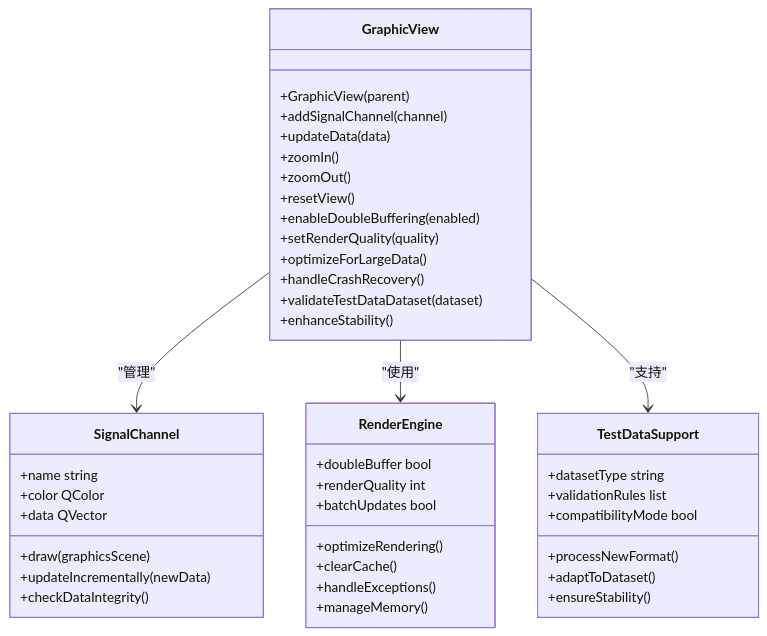
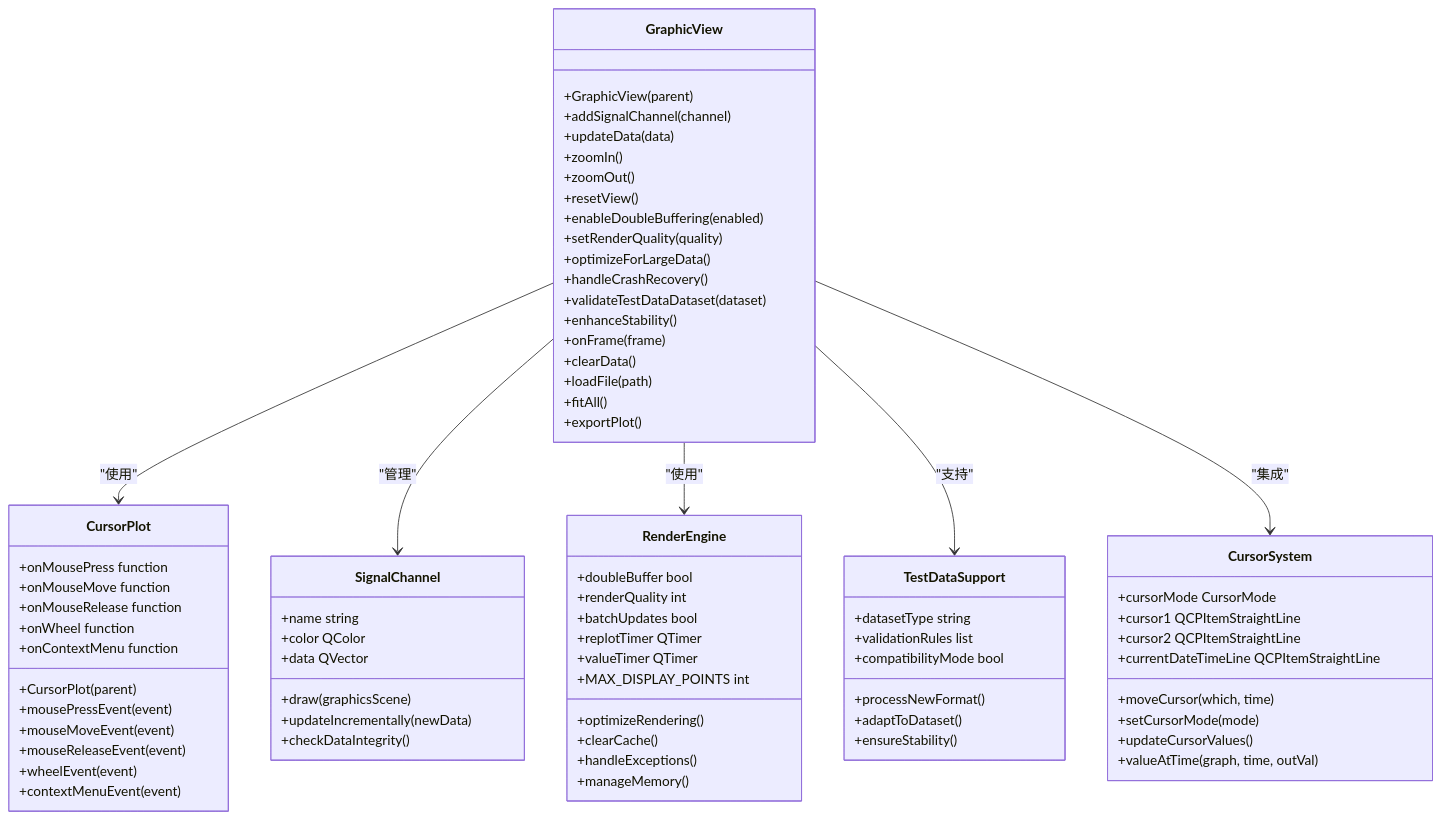
The seventh of 23 diagrams in .qoder/repowiki/zh/content/架构设计/UI系统设计/UI系统设计.md (jakecai1225-design/OpenBus), drawn with Mermaid before and after one commit. The commit also changed other lines of this file and 71 other files, not shown here.

Commit message:
graphic trace

````diff
--- a/.qoder/repowiki/zh/content/架构设计/UI系统设计/UI系统设计.md
+++ b/.qoder/repowiki/zh/content/架构设计/UI系统设计/UI系统设计.md
@@ -554,45 +589,78 @@
 ```mermaid
 classDiagram
 class GraphicView {
 +GraphicView(parent)
 +addSignalChannel(channel)
 +updateData(data)
 +zoomIn()
 +zoomOut()
 +resetView()
 +enableDoubleBuffering(enabled)
 +setRenderQuality(quality)
 +optimizeForLargeData()
 +handleCrashRecovery()
 +validateTestDataDataset(dataset)
 +enhanceStability()
++onFrame(frame)
++clearData()
++loadFile(path)
++fitAll()
++exportPlot()
+}
+class CursorPlot {
++CursorPlot(parent)
++mousePressEvent(event)
++mouseMoveEvent(event)
++mouseReleaseEvent(event)
++wheelEvent(event)
++contextMenuEvent(event)
++onMousePress function
++onMouseMove function
++onMouseRelease function
++onWheel function
++onContextMenu function
 }
 class SignalChannel {
 +name string
 +color QColor
 +data QVector
 +draw(graphicsScene)
 +updateIncrementally(newData)
 +checkDataIntegrity()
 }
 class RenderEngine {
 +doubleBuffer bool
 +renderQuality int
 +batchUpdates bool
 +optimizeRendering()
 +clearCache()
 +handleExceptions()
 +manageMemory()
++replotTimer QTimer
++valueTimer QTimer
++MAX_DISPLAY_POINTS int
 }
 class TestDataSupport {
 +datasetType string
 +validationRules list
 +compatibilityMode bool
 +processNewFormat()
 +adaptToDataset()
 +ensureStability()
 }
+class CursorSystem {
++cursorMode CursorMode
++cursor1 QCPItemStraightLine
++cursor2 QCPItemStraightLine
++currentDateTimeLine QCPItemStraightLine
++moveCursor(which, time)
++setCursorMode(mode)
++updateCursorValues()
++valueAtTime(graph, time, outVal)
+}
+GraphicView --> CursorPlot : "使用"
 GraphicView --> SignalChannel : "管理"
 GraphicView --> RenderEngine : "使用"
 GraphicView --> TestDataSupport : "支持"
+GraphicView --> CursorSystem : "集成"
 ```
````
